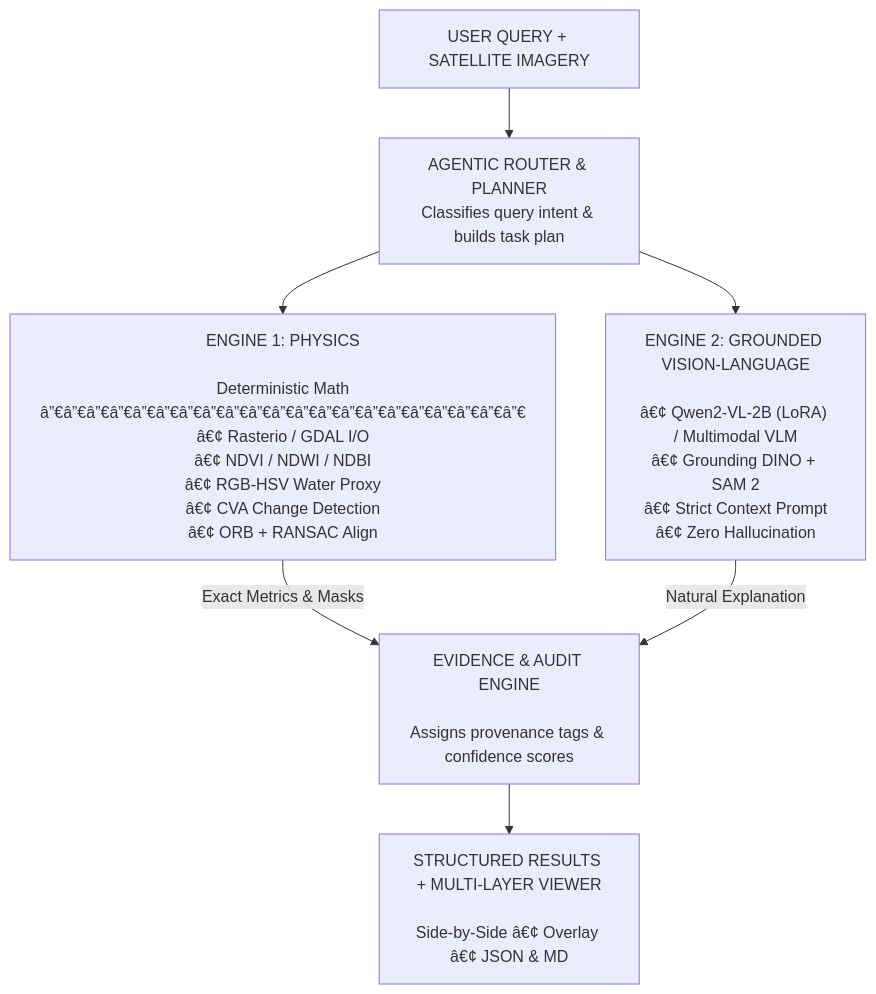
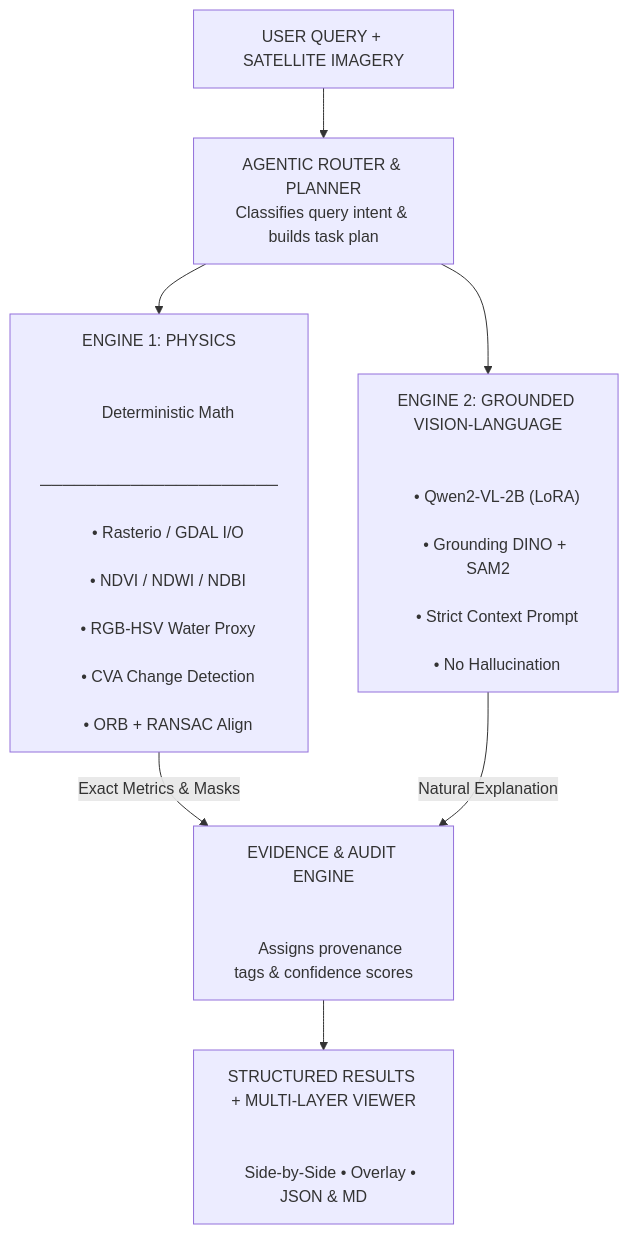
Before and after one commit to SyedFazeelReshad/SatQueryAI: the diagram in README.md, drawn with Mermaid. The commit also changed other lines of this file, not shown here.

````diff
--- a/README.md
+++ b/README.md
@@ -11,20 +11,32 @@
 ```mermaid
 flowchart TD
 
     A["USER QUERY + SATELLITE IMAGERY"] --> B["AGENTIC ROUTER & PLANNER<br/>Classifies query intent & builds task plan"]
 
     B --> C
     B --> D
 
-    C["ENGINE 1: PHYSICS<br/><br/>Deterministic Math<br/>â”€â”€â”€â”€â”€â”€â”€â”€â”€â”€â”€â”€â”€â”€â”€â”€â”€â”€â”€â”€â”€<br/>â€¢ Rasterio / GDAL I/O<br/>â€¢ NDVI / NDWI / NDBI<br/>â€¢ RGB-HSV Water Proxy<br/>â€¢ CVA Change Detection<br/>â€¢ ORB + RANSAC Align"]
+    C["ENGINE 1: PHYSICS<br/><br/>
+    Deterministic Math<br/>
+    ─────────────────────<br/>
+    • Rasterio / GDAL I/O<br/>
+    • NDVI / NDWI / NDBI<br/>
+    • RGB-HSV Water Proxy<br/>
+    • CVA Change Detection<br/>
+    • ORB + RANSAC Align"]
 
-    D["ENGINE 2: GROUNDED VISION-LANGUAGE<br/><br/>â€¢ Qwen2-VL-2B (LoRA) / Multimodal VLM<br/>â€¢ Grounding DINO + SAM 2<br/>â€¢ Strict Context Prompt<br/>â€¢ Zero Hallucination"]
+    D["ENGINE 2: GROUNDED VISION-LANGUAGE<br/><br/>
+    • Qwen2-VL-2B (LoRA)<br/>
+    • Grounding DINO + SAM2<br/>
+    • Strict Context Prompt<br/>
+    • No Hallucination"]
 
     C -->|Exact Metrics & Masks| E
     D -->|Natural Explanation| E
 
-    E["EVIDENCE & AUDIT ENGINE<br/><br/>Assigns provenance tags & confidence scores"]
+    E["EVIDENCE & AUDIT ENGINE<br/><br/>
+    Assigns provenance tags & confidence scores"]
 
-    E --> F["STRUCTURED RESULTS + MULTI-LAYER VIEWER<br/><br/>Side-by-Side â€¢ Overlay â€¢ JSON & MD"]
-
+    E --> F["STRUCTURED RESULTS + MULTI-LAYER VIEWER<br/><br/>
+    Side-by-Side • Overlay • JSON & MD"]
 ```
````
